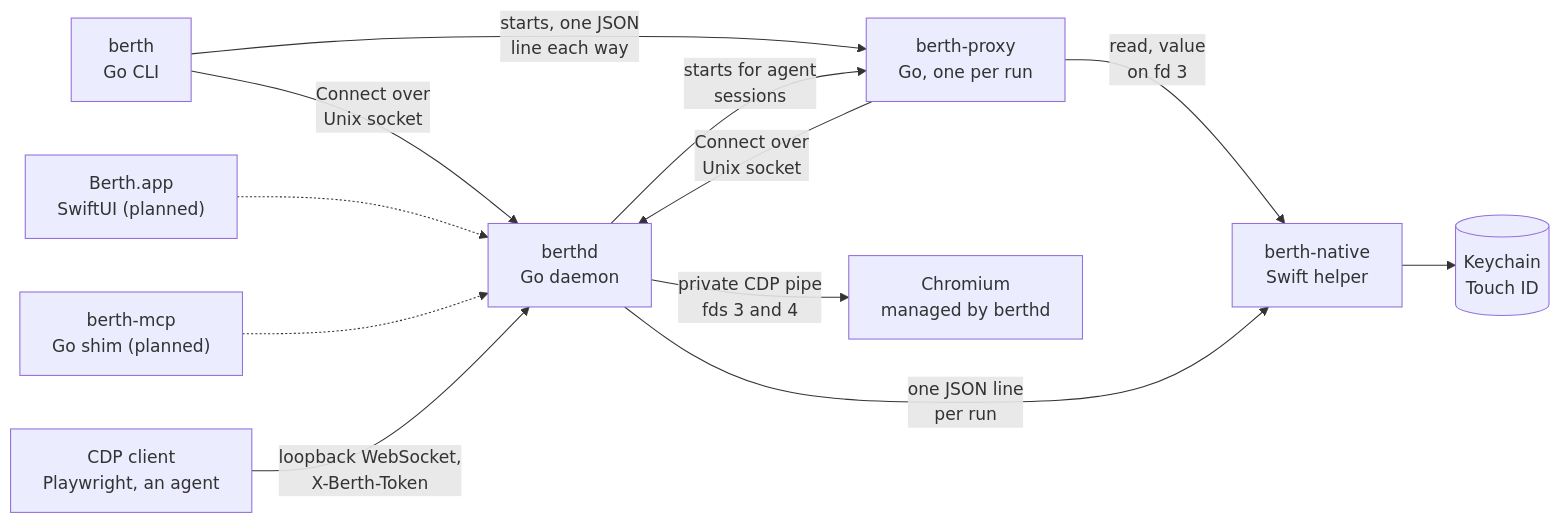
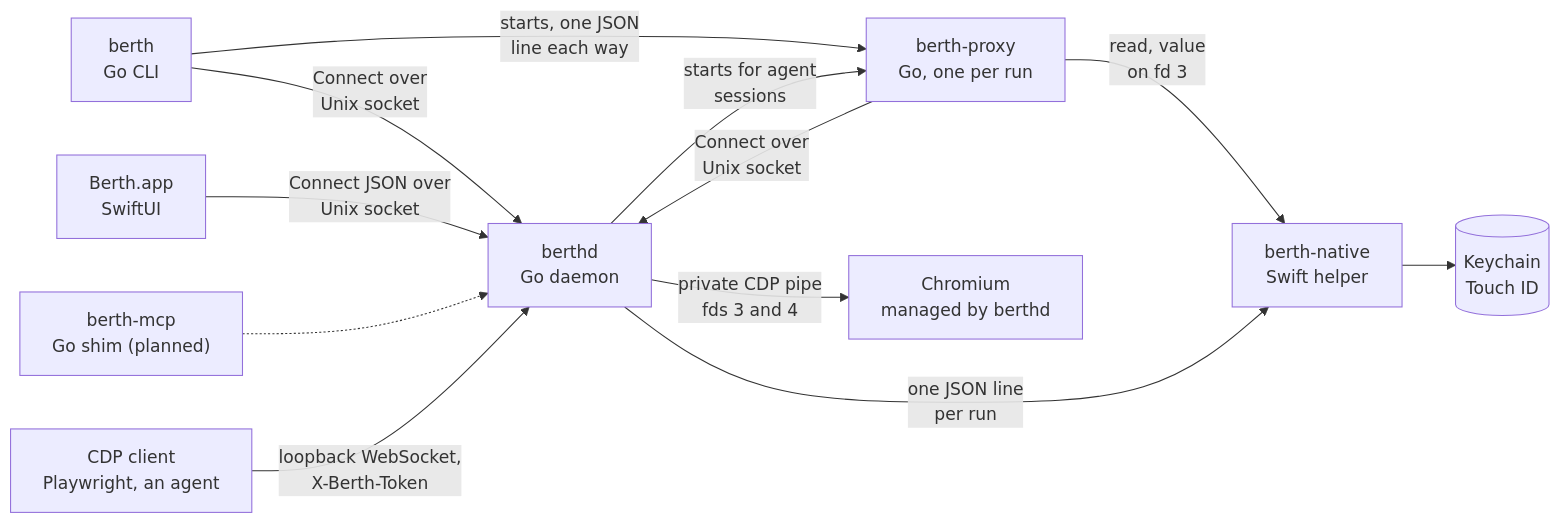
One commit to WesleyBLDC/berth changed the first of 13 diagrams in ARCHITECTURE.md. Above: the diagram before and after it, drawn with Mermaid. The commit also changed other lines of this file and 1 other file, not shown here.

Commit message:
Record M5's first items in the architecture, the plan's exit notes and the review's later items

````diff
--- a/ARCHITECTURE.md
+++ b/ARCHITECTURE.md
@@ -19,23 +19,23 @@
 ```mermaid
 flowchart LR
   CLI["berth<br/>Go CLI"]
-  APP["Berth.app<br/>SwiftUI (planned)"]
+  APP["Berth.app<br/>SwiftUI"]
   MCP["berth-mcp<br/>Go shim (planned)"]
   D["berthd<br/>Go daemon"]
   P["berth-proxy<br/>Go, one per run"]
   N["berth-native<br/>Swift helper"]
   K[("Keychain<br/>Touch ID")]
   CH["Chromium<br/>managed by berthd"]
   AG["CDP client<br/>Playwright, an agent"]
   CLI -->|Connect over<br/>Unix socket| D
   CLI -->|starts, one JSON<br/>line each way| P
   D -->|starts for agent<br/>sessions| P
   P -->|Connect over<br/>Unix socket| D
   P -->|read, value<br/>on fd 3| N
-  APP -.-> D
+  APP -->|Connect JSON over<br/>Unix socket| D
   MCP -.-> D
   D -->|one JSON line<br/>per run| N
   N --> K
   D -->|private CDP pipe<br/>fds 3 and 4| CH
   AG -->|loopback WebSocket,<br/>X-Berth-Token| D
 ```
````
